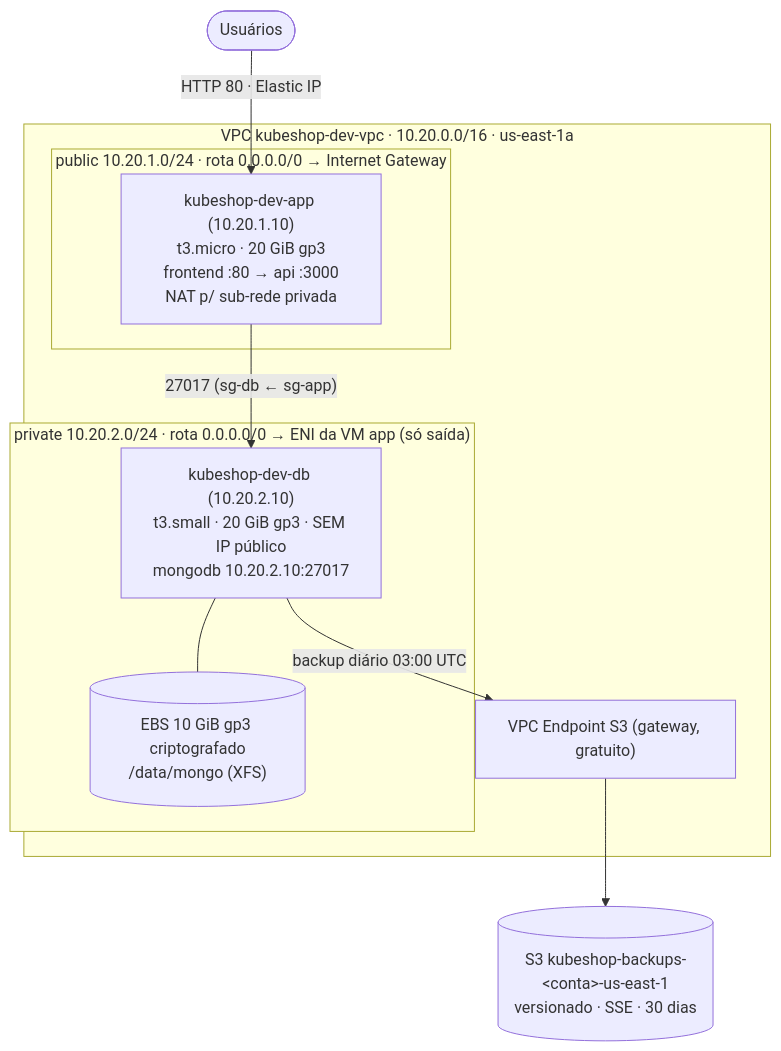
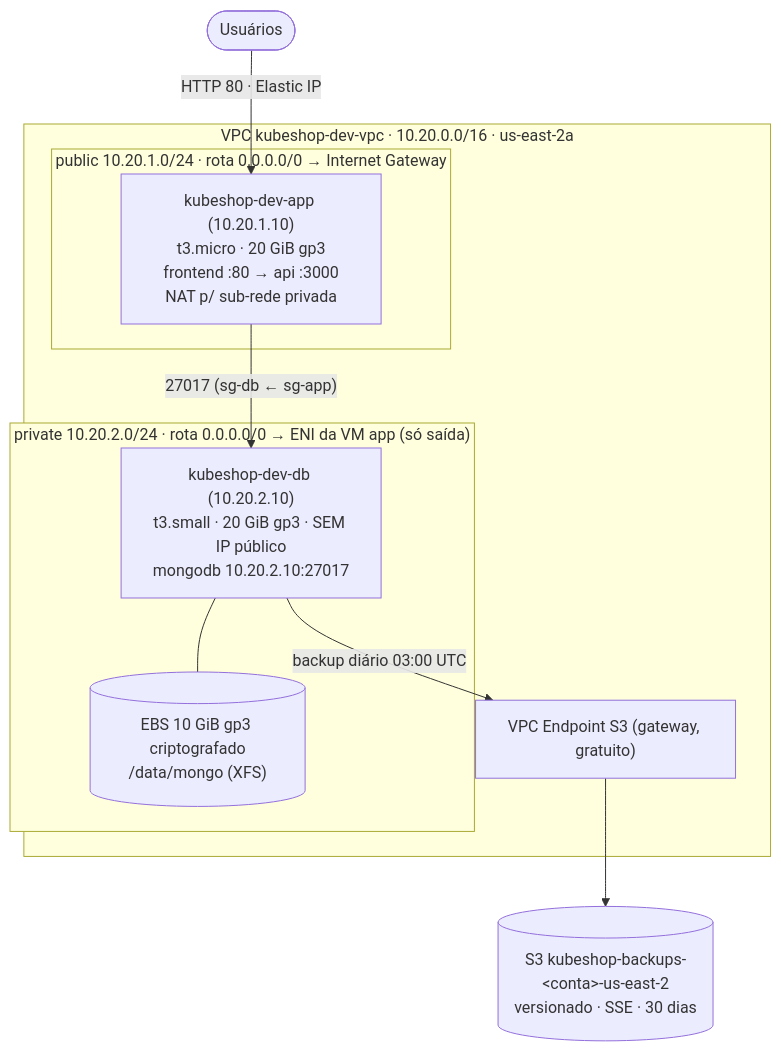
The diagram in docs/01-arquitetura.md (Gordoy22/kubeshop-infra), drawn with Mermaid before and after one commit. The commit also changed other lines of this file and 10 other files, not shown here.

````diff
--- a/docs/01-arquitetura.md
+++ b/docs/01-arquitetura.md
@@ -45,17 +45,17 @@
 ```mermaid
 flowchart TB
   user([Usuários]) -->|"HTTP 80 · Elastic IP"| app
-  subgraph vpc["VPC kubeshop-dev-vpc · 10.20.0.0/16 · us-east-1a"]
+  subgraph vpc["VPC kubeshop-dev-vpc · 10.20.0.0/16 · us-east-2a"]
     subgraph pub["public 10.20.1.0/24 · rota 0.0.0.0/0 → Internet Gateway"]
       app["kubeshop-dev-app (10.20.1.10)<br/>t3.micro · 20 GiB gp3<br/>frontend :80 → api :3000<br/>NAT p/ sub-rede privada"]
     end
     subgraph priv["private 10.20.2.0/24 · rota 0.0.0.0/0 → ENI da VM app (só saída)"]
       db["kubeshop-dev-db (10.20.2.10)<br/>t3.small · 20 GiB gp3 · SEM IP público<br/>mongodb 10.20.2.10:27017"]
       ebs[("EBS 10 GiB gp3 criptografado<br/>/data/mongo (XFS)")]
     end
     s3e["VPC Endpoint S3 (gateway, gratuito)"]
   end
   app -->|"27017 (sg-db ← sg-app)"| db
   db --- ebs
-  db -->|backup diário 03:00 UTC| s3e --> bk[("S3 kubeshop-backups-&lt;conta&gt;-us-east-1<br/>versionado · SSE · 30 dias")]
+  db -->|backup diário 03:00 UTC| s3e --> bk[("S3 kubeshop-backups-&lt;conta&gt;-us-east-2<br/>versionado · SSE · 30 dias")]
 ```
````
